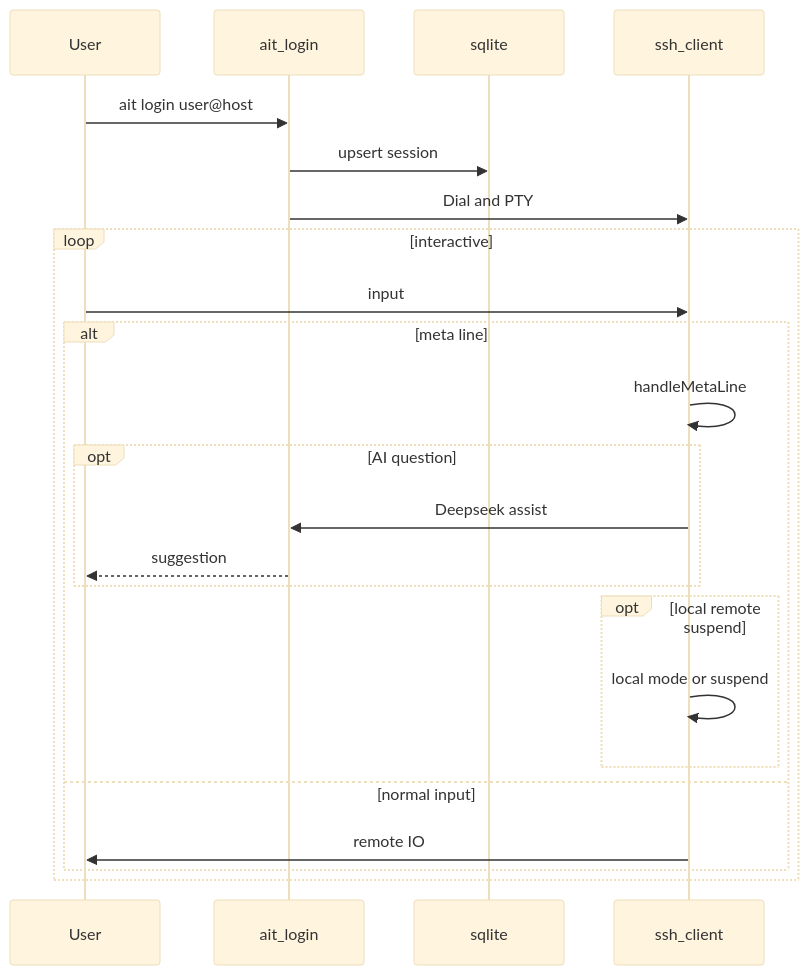
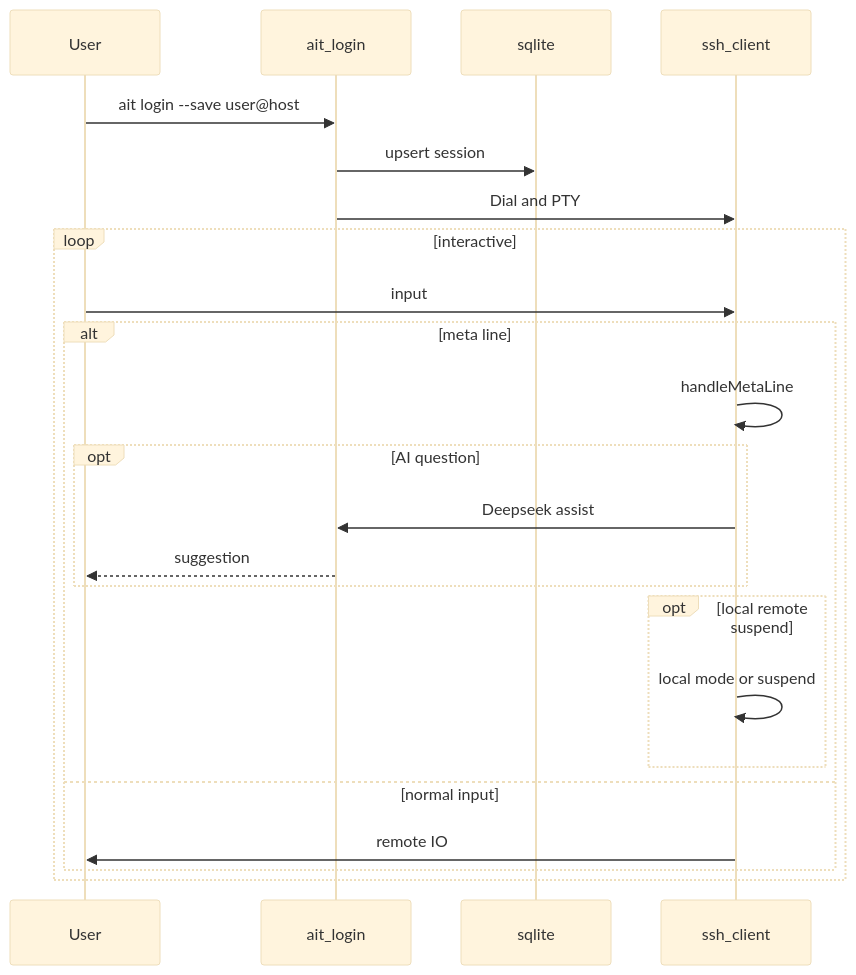
One commit to os-artificer/AiT changed the second of 5 diagrams in docs/design.md. Above: the diagram before and after it, drawn with Mermaid (base theme). The commit also changed other lines of this file and 43 other files, not shown here.

First line of the commit message:
feat(session): optional login save, connection dedup, and session flag CLI

````diff
--- a/docs/design.md
+++ b/docs/design.md
@@ -275,25 +275,25 @@
 ```mermaid
 sequenceDiagram
   participant User
   participant CLI as ait_login
   participant DB as sqlite
   participant SSH as ssh_client
-  User->>CLI: ait login user@host
+  User->>CLI: ait login --save user@host
   CLI->>DB: upsert session
   CLI->>SSH: Dial and PTY
   loop interactive
     User->>SSH: input
     alt meta line
       SSH->>SSH: handleMetaLine
       opt AI question
         SSH->>CLI: Deepseek assist
         CLI-->>User: suggestion
       end
       opt local remote suspend
         SSH->>SSH: local mode or suspend
       end
     else normal input
       SSH->>User: remote IO
     end
   end
 ```
````
